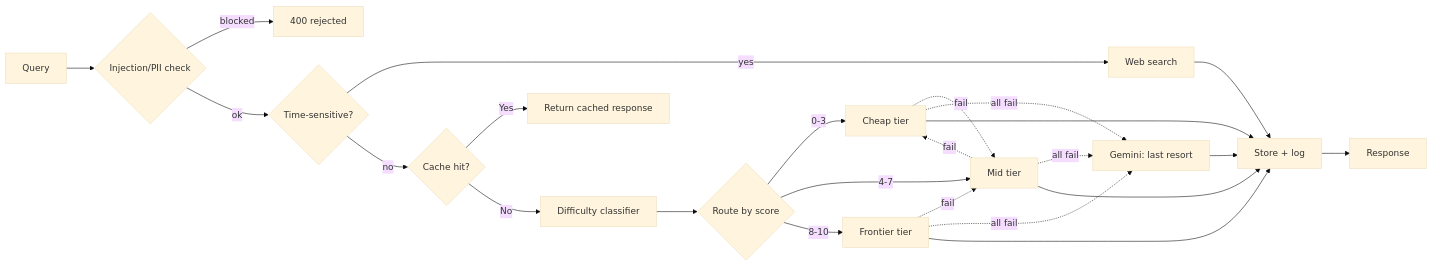
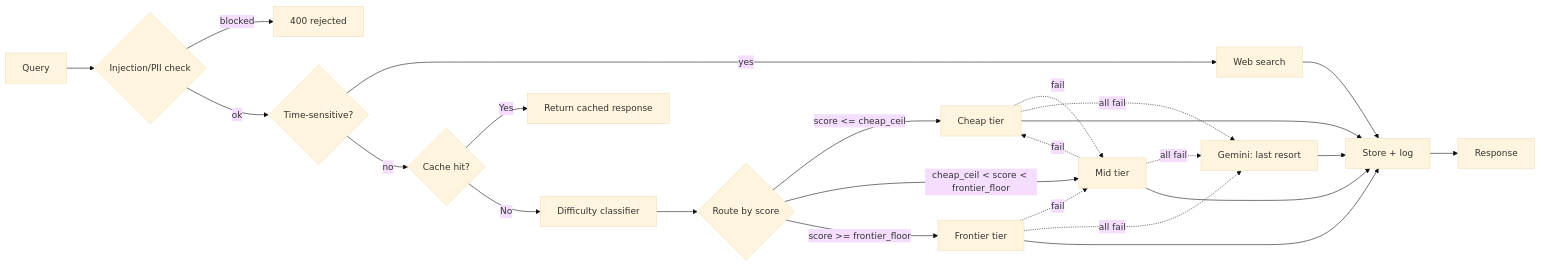
Before and after one commit to Ishan-5/llm-router: the diagram in README.md, drawn with Mermaid (base theme). The commit also changed other lines of this file and 1 other file, not shown here.

````diff
--- a/README.md
+++ b/README.md
@@ -38,26 +38,26 @@
 ```mermaid
 flowchart LR
     Q[Query] --> G{Injection/PII check}
     G -->|blocked| X[400 rejected]
     G -->|ok| W{Time-sensitive?}
     W -->|yes| WS[Web search]
     W -->|no| C{Cache hit?}
     C -->|Yes| R[Return cached response]
     C -->|No| D[Difficulty classifier]
     D --> T{Route by score}
-    T -->|0-3| Cheap[Cheap tier]
-    T -->|4-7| Mid[Mid tier]
-    T -->|8-10| Frontier[Frontier tier]
+    T -->|score <= cheap_ceil| Cheap[Cheap tier]
+    T -->|cheap_ceil < score < frontier_floor| Mid[Mid tier]
+    T -->|score >= frontier_floor| Frontier[Frontier tier]
     Cheap -.fail.-> Mid
     Mid -.fail.-> Cheap
     Frontier -.fail.-> Mid
     Cheap -.all fail.-> Gemini[Gemini: last resort]
     Mid -.all fail.-> Gemini
     Frontier -.all fail.-> Gemini
     Cheap --> S[Store + log]
     Mid --> S
     Frontier --> S
     Gemini --> S
     WS --> S
     S --> Out[Response]
 ```
````
